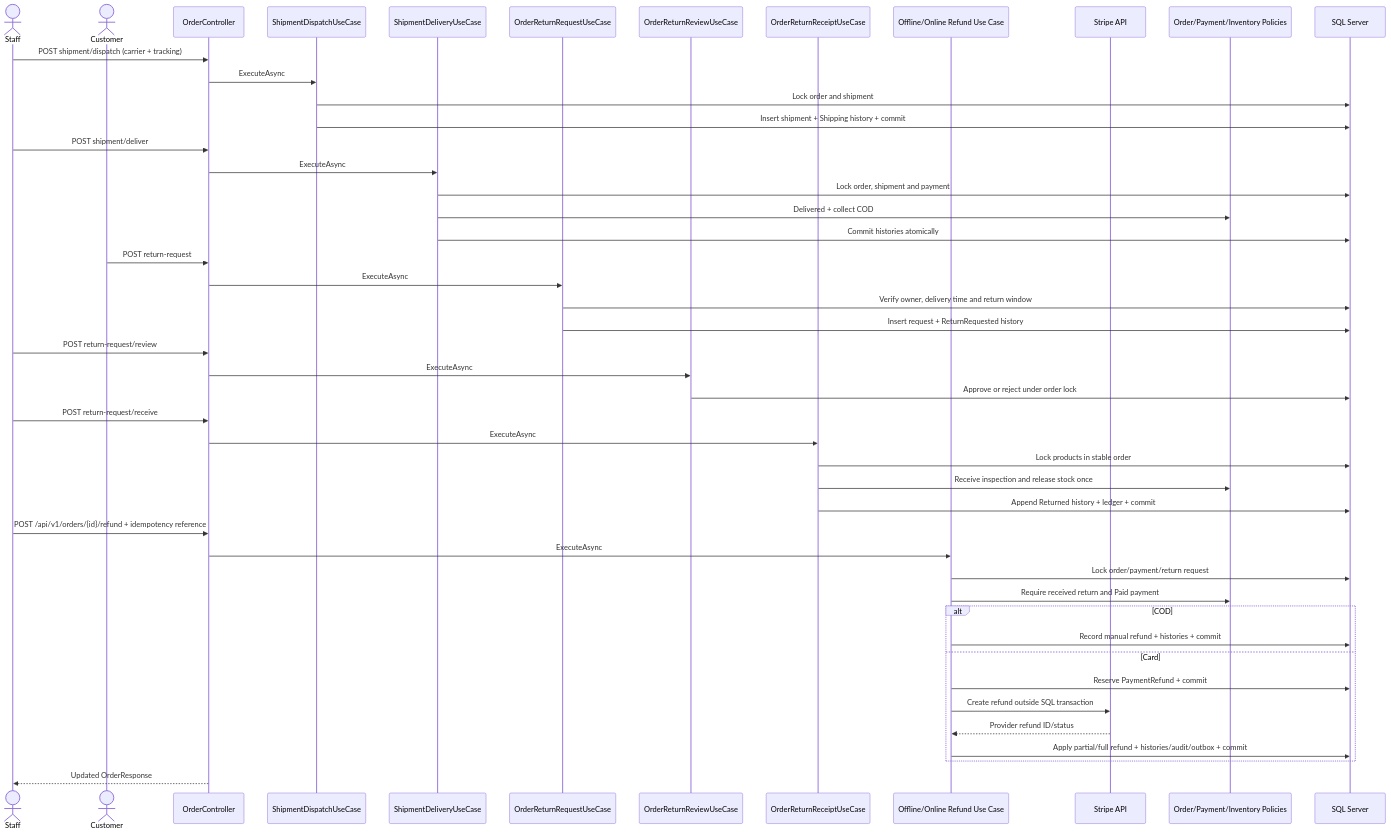
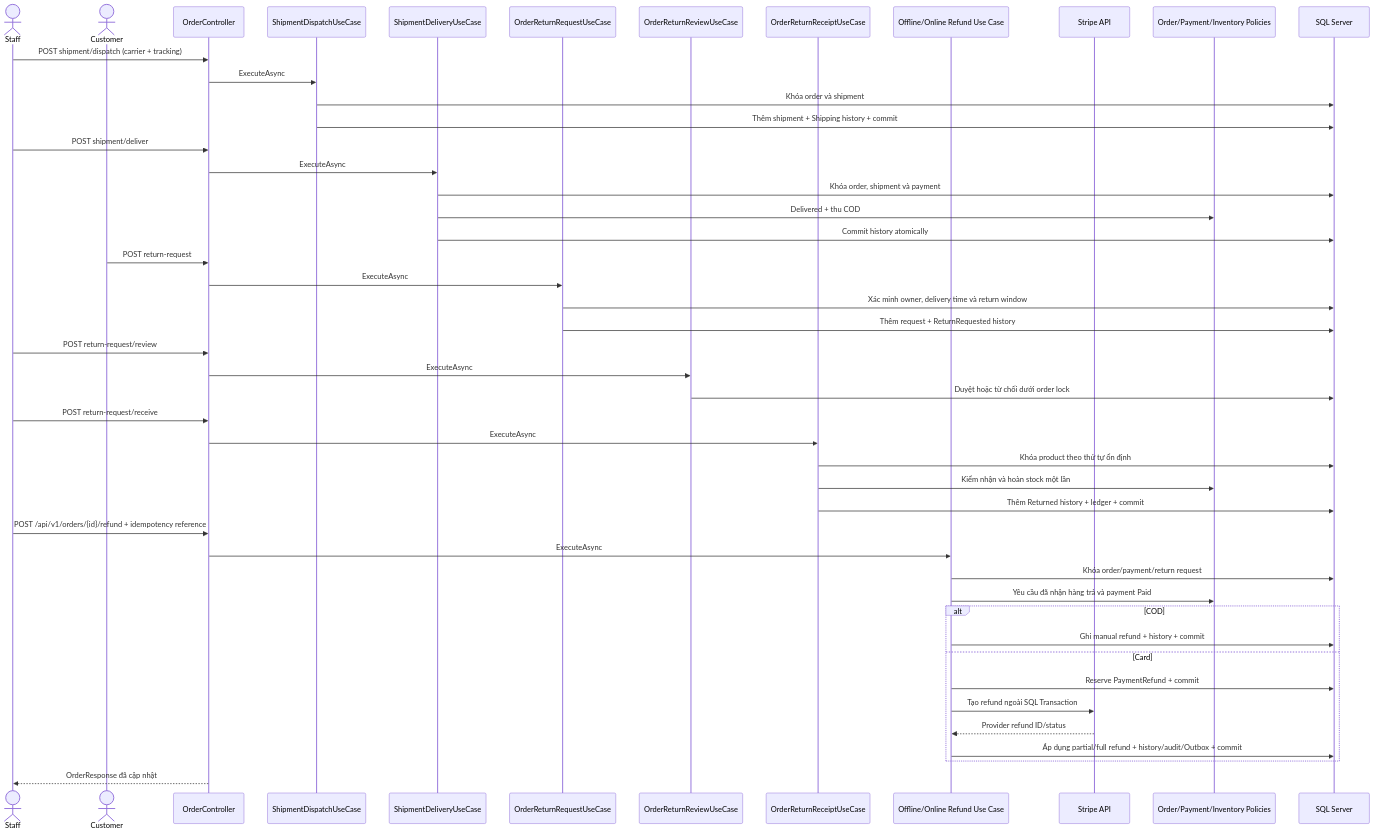
Before and after one commit to Giapnocap/ECommerceBackend: the third of 4 diagrams in docs/SEQUENCES.md, drawn with Mermaid. The commit also changed other lines of this file and 10 other files, not shown here.

````diff
--- a/docs/SEQUENCES.md
+++ b/docs/SEQUENCES.md
@@ -82,53 +82,53 @@
 ```mermaid
 sequenceDiagram
     actor Staff
     actor Customer
     participant API as OrderController
     participant Dispatch as ShipmentDispatchUseCase
     participant Delivery as ShipmentDeliveryUseCase
     participant ReturnRequest as OrderReturnRequestUseCase
     participant ReturnReview as OrderReturnReviewUseCase
     participant ReturnReceipt as OrderReturnReceiptUseCase
     participant Refund as Offline/Online Refund Use Case
     participant Gateway as Stripe API
     participant Rules as Order/Payment/Inventory Policies
     participant DB as SQL Server
 
     Staff->>API: POST shipment/dispatch (carrier + tracking)
     API->>Dispatch: ExecuteAsync
-    Dispatch->>DB: Lock order and shipment
-    Dispatch->>DB: Insert shipment + Shipping history + commit
+    Dispatch->>DB: Khóa order và shipment
+    Dispatch->>DB: Thêm shipment + Shipping history + commit
 
     Staff->>API: POST shipment/deliver
     API->>Delivery: ExecuteAsync
-    Delivery->>DB: Lock order, shipment and payment
-    Delivery->>Rules: Delivered + collect COD
-    Delivery->>DB: Commit histories atomically
+    Delivery->>DB: Khóa order, shipment và payment
+    Delivery->>Rules: Delivered + thu COD
+    Delivery->>DB: Commit history atomically
 
     Customer->>API: POST return-request
     API->>ReturnRequest: ExecuteAsync
-    ReturnRequest->>DB: Verify owner, delivery time and return window
-    ReturnRequest->>DB: Insert request + ReturnRequested history
+    ReturnRequest->>DB: Xác minh owner, delivery time và return window
+    ReturnRequest->>DB: Thêm request + ReturnRequested history
     Staff->>API: POST return-request/review
     API->>ReturnReview: ExecuteAsync
-    ReturnReview->>DB: Approve or reject under order lock
+    ReturnReview->>DB: Duyệt hoặc từ chối dưới order lock
     Staff->>API: POST return-request/receive
     API->>ReturnReceipt: ExecuteAsync
-    ReturnReceipt->>DB: Lock products in stable order
-    ReturnReceipt->>Rules: Receive inspection and release stock once
-    ReturnReceipt->>DB: Append Returned history + ledger + commit
+    ReturnReceipt->>DB: Khóa product theo thứ tự ổn định
+    ReturnReceipt->>Rules: Kiểm nhận và hoàn stock một lần
+    ReturnReceipt->>DB: Thêm Returned history + ledger + commit
 
     Staff->>API: POST /api/v1/orders/{id}/refund + idempotency reference
     API->>Refund: ExecuteAsync
-    Refund->>DB: Lock order/payment/return request
-    Refund->>Rules: Require received return and Paid payment
+    Refund->>DB: Khóa order/payment/return request
+    Refund->>Rules: Yêu cầu đã nhận hàng trả và payment Paid
     alt COD
-        Refund->>DB: Record manual refund + histories + commit
+        Refund->>DB: Ghi manual refund + history + commit
     else Card
         Refund->>DB: Reserve PaymentRefund + commit
-        Refund->>Gateway: Create refund outside SQL transaction
+        Refund->>Gateway: Tạo refund ngoài SQL Transaction
         Gateway-->>Refund: Provider refund ID/status
-        Refund->>DB: Apply partial/full refund + histories/audit/outbox + commit
+        Refund->>DB: Áp dụng partial/full refund + history/audit/Outbox + commit
     end
-    API-->>Staff: Updated OrderResponse
+    API-->>Staff: OrderResponse đã cập nhật
 ```
````
